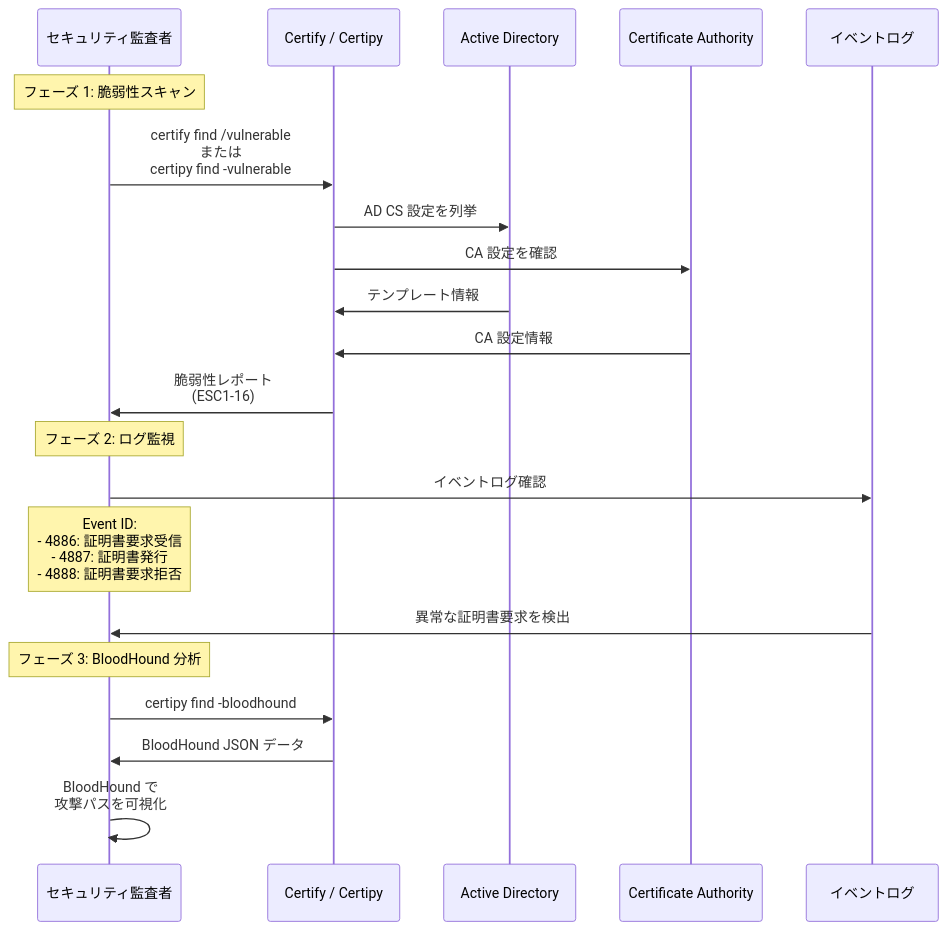
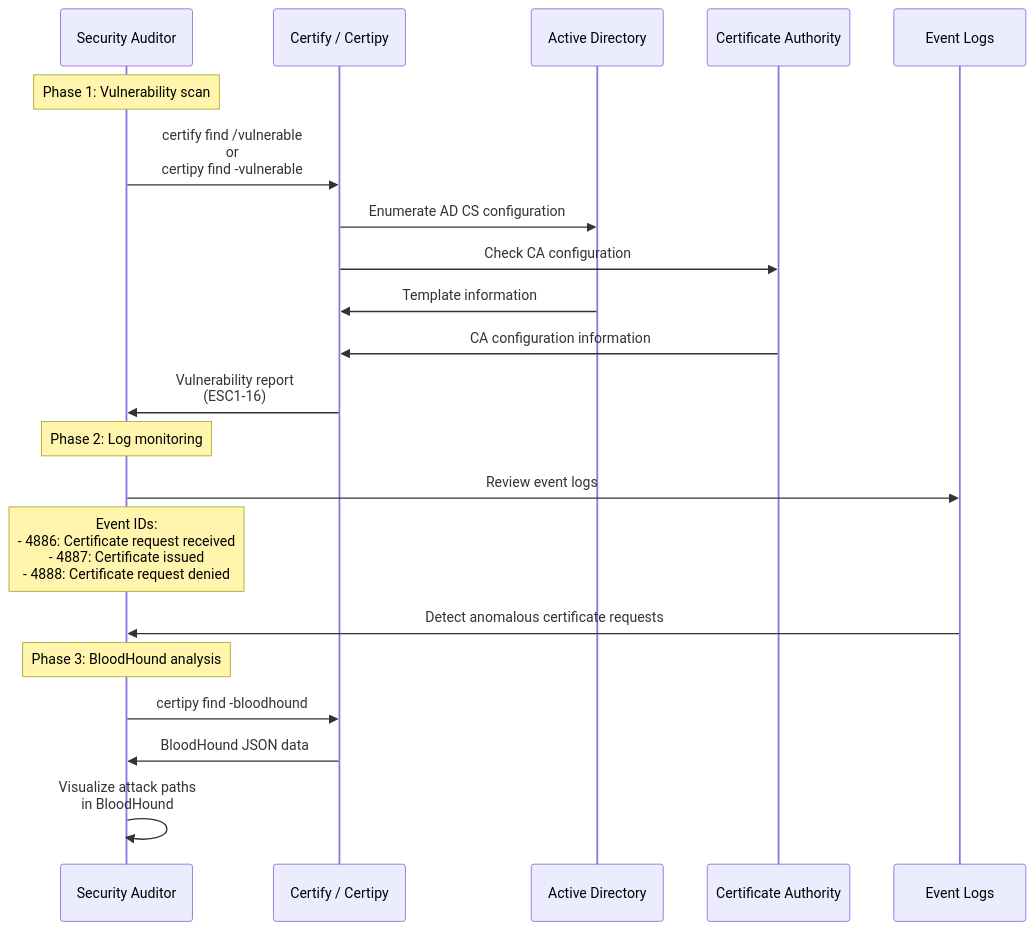
Diagram 17 of 17 in _posts/2026-03-03-tech-adcs-esc-attack-guide.md (morimori-dev/morimori-dev.github.io), drawn with Mermaid before and after one commit. The commit also changed other lines of this file and 1 other file, not shown here.

````diff
--- a/_posts/2026-03-03-tech-adcs-esc-attack-guide.md
+++ b/_posts/2026-03-03-tech-adcs-esc-attack-guide.md
@@ -1696,34 +1697,34 @@
 ```mermaid
 sequenceDiagram
-    participant A as セキュリティ監査者
+    participant A as Security Auditor
     participant Tools as Certify / Certipy
     participant AD as Active Directory
     participant CA as Certificate Authority
-    participant Logs as イベントログ
-    
-    Note over A: フェーズ 1: 脆弱性スキャン
-    
-    A->>Tools: certify find /vulnerable<br/>または<br/>certipy find -vulnerable
-    
-    Tools->>AD: AD CS 設定を列挙
-    Tools->>CA: CA 設定を確認
-    
-    AD->>Tools: テンプレート情報
-    CA->>Tools: CA 設定情報
-    
-    Tools->>A: 脆弱性レポート<br/>(ESC1-16)
-    
-    Note over A: フェーズ 2: ログ監視
-    
-    A->>Logs: イベントログ確認
-    Note over A: Event ID:<br/>- 4886: 証明書要求受信<br/>- 4887: 証明書発行<br/>- 4888: 証明書要求拒否
-    
-    Logs->>A: 異常な証明書要求を検出
-    
-    Note over A: フェーズ 3: BloodHound 分析
-    
+    participant Logs as Event Logs
+
+    Note over A: Phase 1: Vulnerability scan
+
+    A->>Tools: certify find /vulnerable<br/>or<br/>certipy find -vulnerable
+
+    Tools->>AD: Enumerate AD CS configuration
+    Tools->>CA: Check CA configuration
+
+    AD->>Tools: Template information
+    CA->>Tools: CA configuration information
+
+    Tools->>A: Vulnerability report<br/>(ESC1-16)
+
+    Note over A: Phase 2: Log monitoring
+
+    A->>Logs: Review event logs
+    Note over A: Event IDs:<br/>- 4886: Certificate request received<br/>- 4887: Certificate issued<br/>- 4888: Certificate request denied
+
+    Logs->>A: Detect anomalous certificate requests
+
+    Note over A: Phase 3: BloodHound analysis
+
     A->>Tools: certipy find -bloodhound
-    Tools->>A: BloodHound JSON データ
-    
-    A->>A: BloodHound で<br/>攻撃パスを可視化
+    Tools->>A: BloodHound JSON data
+
+    A->>A: Visualize attack paths<br/>in BloodHound
 ```
````
